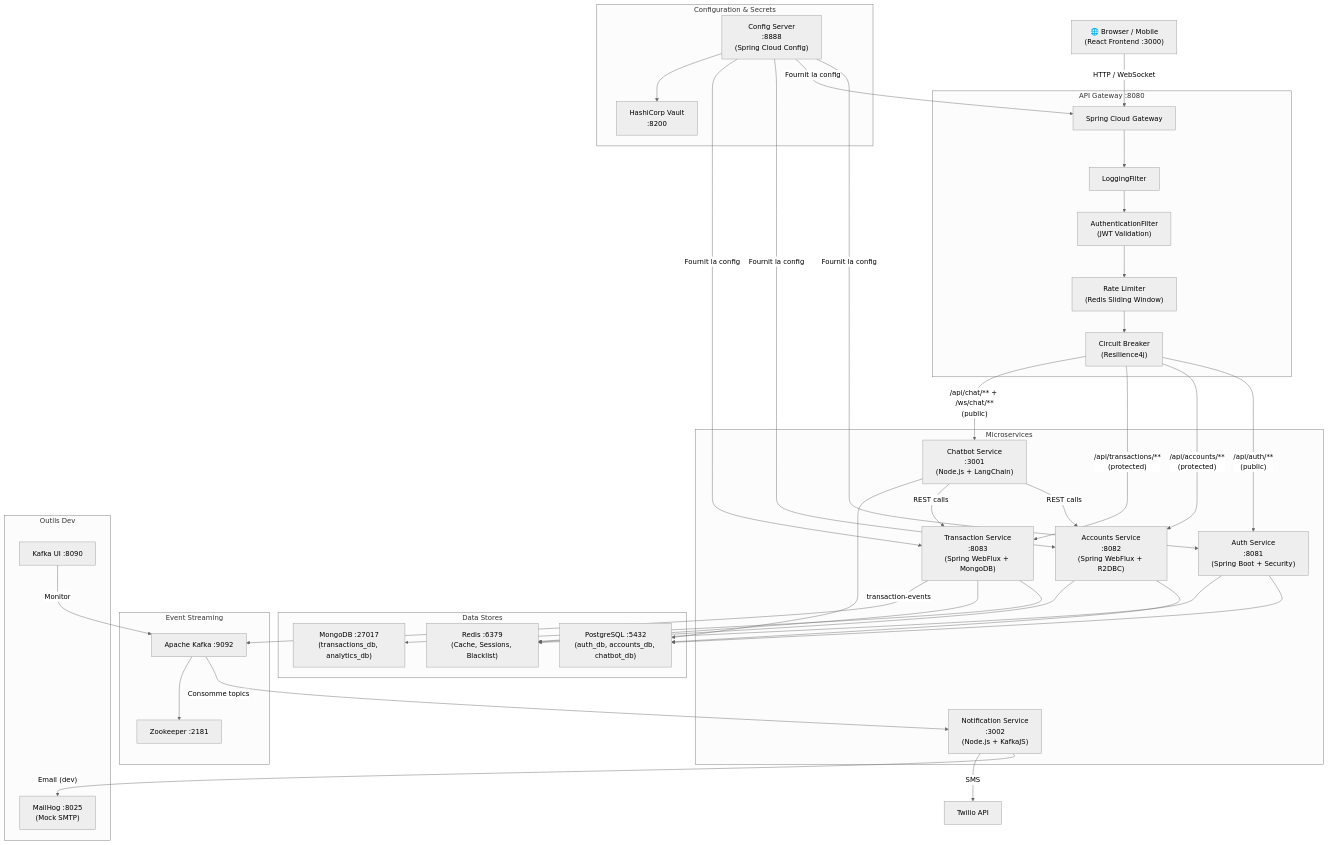
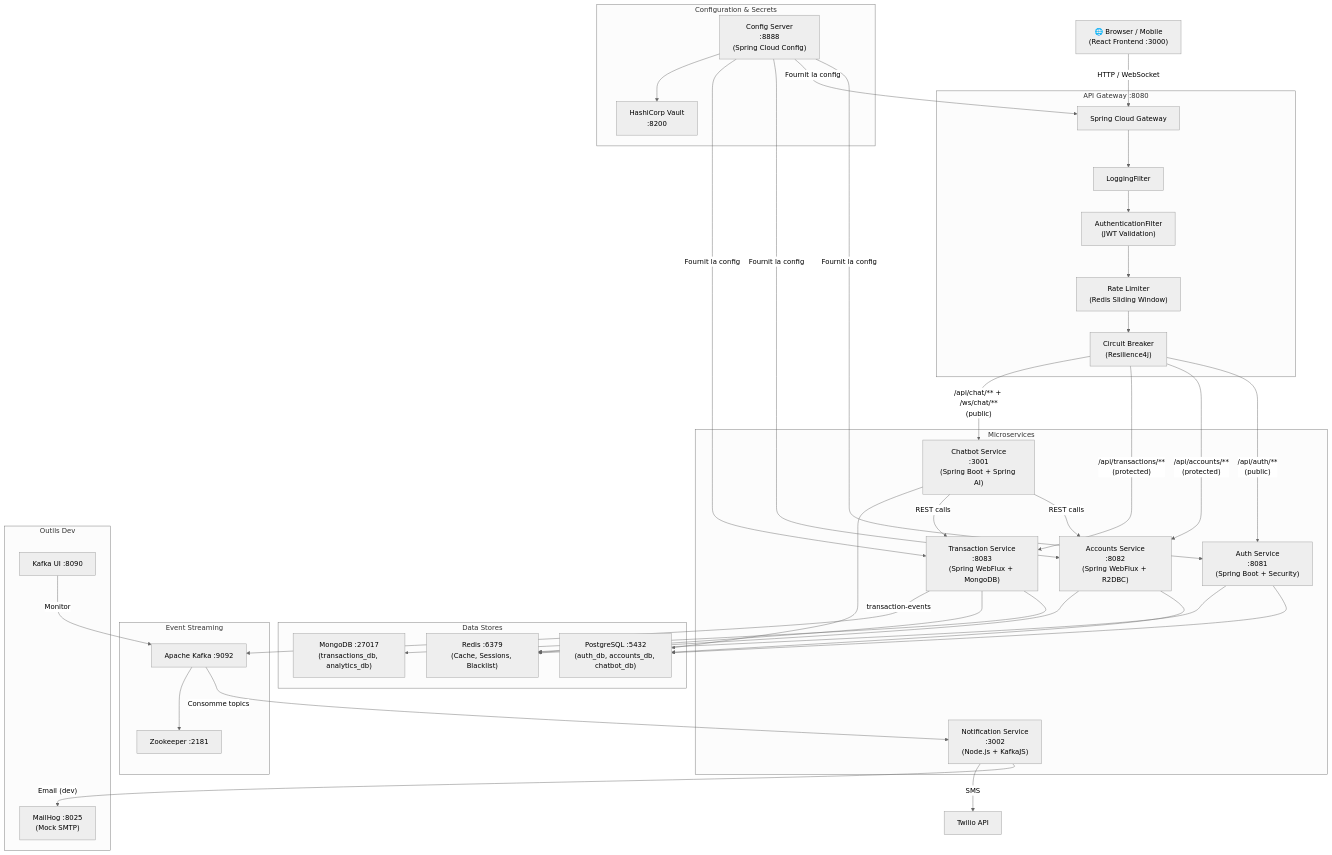
The first of 3 diagrams in ebank-microservices/doc/DOCUMENTATION.md (Samlogy/ebank-app), drawn with Mermaid (neutral theme) before and after one commit. The commit also changed other lines of this file and 95 other files, not shown here.

First line of the commit message:
feat(chatbot): Spring AI microservice with Tool Calling + RAG (pgvector) (#13)

````diff
--- a/ebank-microservices/doc/DOCUMENTATION.md
+++ b/ebank-microservices/doc/DOCUMENTATION.md
@@ -182,77 +186,77 @@
 ```mermaid
 flowchart TD
     Browser["🌐 Browser / Mobile\n(React Frontend :3000)"]
 
     subgraph GATEWAY["API Gateway :8080"]
         GW["Spring Cloud Gateway"]
         AUTH_FILTER["AuthenticationFilter\n(JWT Validation)"]
         LOG_FILTER["LoggingFilter"]
         CB["Circuit Breaker\n(Resilience4j)"]
         RL["Rate Limiter\n(Redis Sliding Window)"]
     end
 
     subgraph SERVICES["Microservices"]
         AUTH["Auth Service\n:8081\n(Spring Boot + Security)"]
         ACCOUNTS["Accounts Service\n:8082\n(Spring WebFlux + R2DBC)"]
         TRANS["Transaction Service\n:8083\n(Spring WebFlux + MongoDB)"]
-        CHATBOT["Chatbot Service\n:3001\n(Node.js + LangChain)"]
+        CHATBOT["Chatbot Service\n:3001\n(Spring Boot + Spring AI)"]
         NOTIF["Notification Service\n:3002\n(Node.js + KafkaJS)"]
     end
 
     subgraph CONFIG["Configuration & Secrets"]
         CFG["Config Server\n:8888\n(Spring Cloud Config)"]
         VAULT["HashiCorp Vault\n:8200"]
     end
 
     subgraph DATA["Data Stores"]
         PG["PostgreSQL :5432\n(auth_db, accounts_db, chatbot_db)"]
         MONGO["MongoDB :27017\n(transactions_db, analytics_db)"]
         REDIS["Redis :6379\n(Cache, Sessions, Blacklist)"]
     end
 
     subgraph MESSAGING["Event Streaming"]
         KAFKA["Apache Kafka :9092"]
         ZK["Zookeeper :2181"]
     end
 
     subgraph DEV_TOOLS["Outils Dev"]
         MAILHOG["MailHog :8025\n(Mock SMTP)"]
         KAFKA_UI["Kafka UI :8090"]
     end
 
     Browser -->|"HTTP / WebSocket"| GW
     GW --> LOG_FILTER --> AUTH_FILTER --> RL --> CB
 
     CB -->|"/api/auth/**\n(public)"| AUTH
     CB -->|"/api/accounts/**\n(protected)"| ACCOUNTS
     CB -->|"/api/transactions/**\n(protected)"| TRANS
     CB -->|"/api/chat/** + /ws/chat/**\n(public)"| CHATBOT
 
     AUTH --> PG
     AUTH --> REDIS
 
     ACCOUNTS --> PG
     ACCOUNTS --> REDIS
 
     TRANS --> MONGO
     TRANS --> REDIS
     TRANS -->|"transaction-events"| KAFKA
 
     CHATBOT -->|"REST calls"| ACCOUNTS
     CHATBOT -->|"REST calls"| TRANS
     CHATBOT --> PG
 
     KAFKA -->|"Consomme topics"| NOTIF
     NOTIF -->|"Email (dev)"| MAILHOG
     NOTIF -->|"SMS"| TWILIO["Twilio API"]
 
     KAFKA --> ZK
 
     CFG -->|"Fournit la config"| AUTH
     CFG -->|"Fournit la config"| GW
     CFG -->|"Fournit la config"| ACCOUNTS
     CFG -->|"Fournit la config"| TRANS
     CFG --> VAULT
 
     KAFKA_UI -->|"Monitor"| KAFKA
 ```
````
